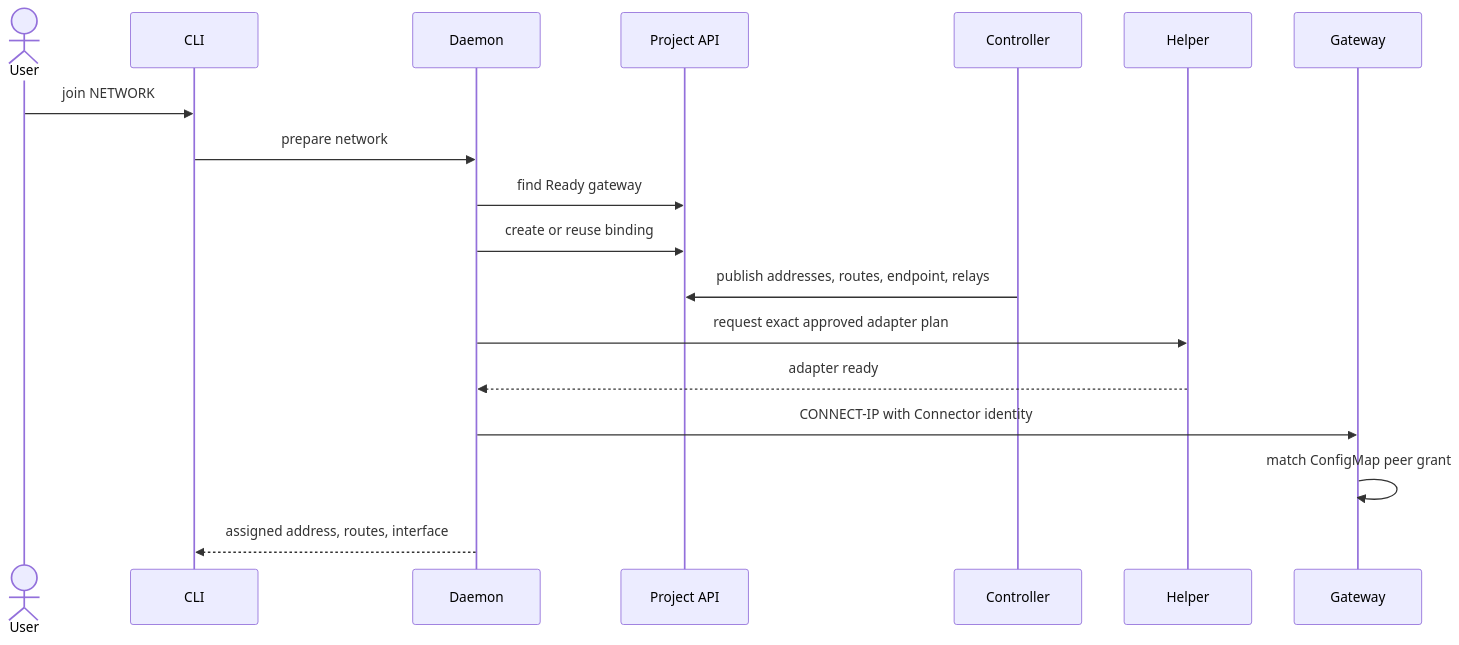
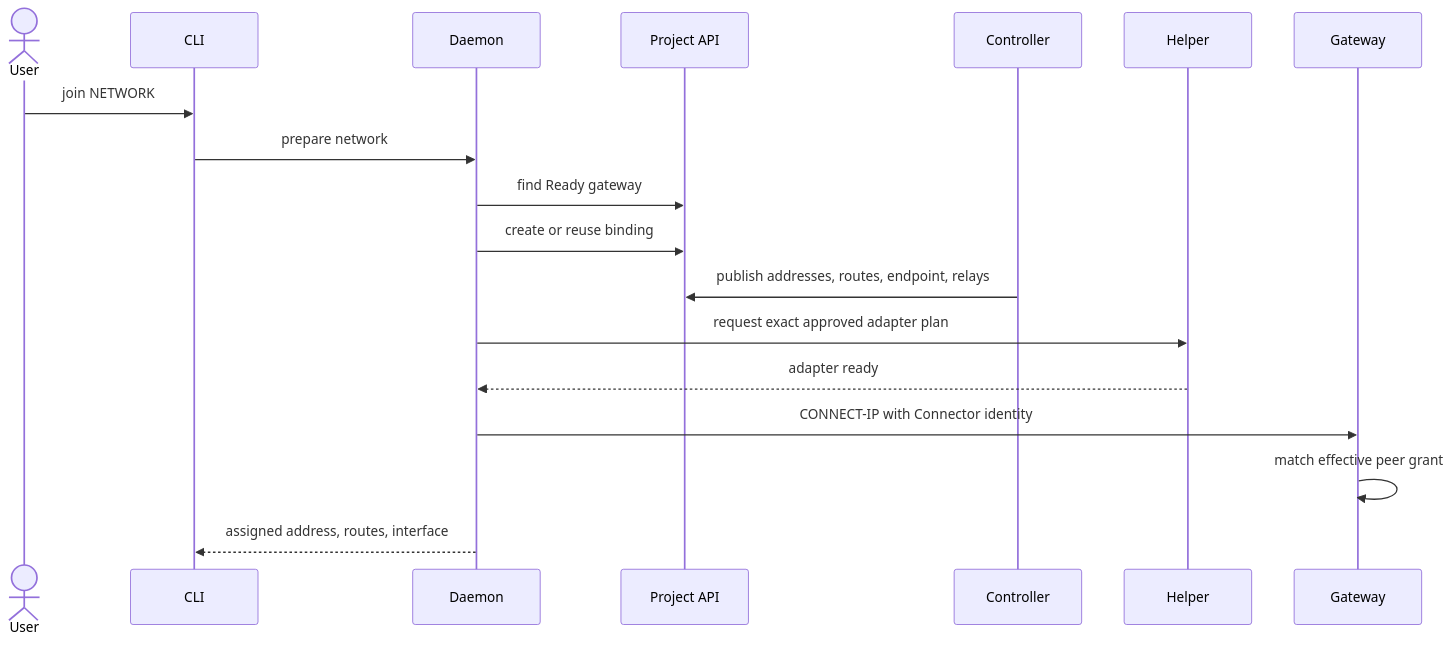
Before and after one commit to datum-cloud/connect: the second of 2 diagrams in docs/architecture/managed-vpc-attachment.md, drawn with Mermaid. The commit also changed other lines of this file and 14 other files, not shown here.

````diff
--- a/docs/architecture/managed-vpc-attachment.md
+++ b/docs/architecture/managed-vpc-attachment.md
@@ -74,21 +75,21 @@
 ```mermaid
 sequenceDiagram
     actor User
     participant CLI
     participant Daemon
     participant API as Project API
     participant Controller
     participant Helper
     participant Gateway
 
     User->>CLI: join NETWORK
     CLI->>Daemon: prepare network
     Daemon->>API: find Ready gateway
     Daemon->>API: create or reuse binding
     Controller->>API: publish addresses, routes, endpoint, relays
     Daemon->>Helper: request exact approved adapter plan
     Helper-->>Daemon: adapter ready
     Daemon->>Gateway: CONNECT-IP with Connector identity
-    Gateway->>Gateway: match ConfigMap peer grant
+    Gateway->>Gateway: match effective peer grant
     Daemon-->>CLI: assigned address, routes, interface
 ```
````
